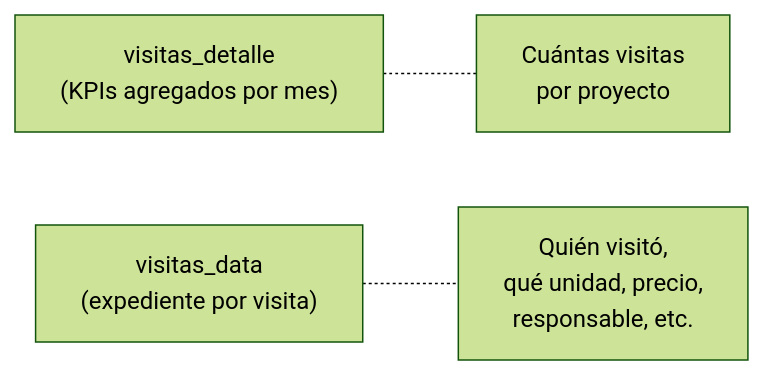
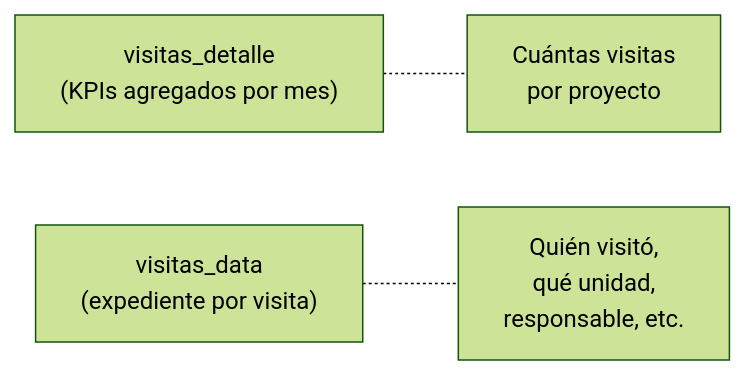
Before and after one commit to edwardvelo-performance/docs: the first of 2 diagrams in business_logic/05_dashboard_calc/visitas_data.md, drawn with Mermaid (forest theme). The commit also changed other lines of this file and 15 other files, not shown here.

````diff
--- a/business_logic/05_dashboard_calc/visitas_data.md
+++ b/business_logic/05_dashboard_calc/visitas_data.md
@@ -13,5 +13,5 @@
 ```mermaid
 flowchart LR
     A["visitas_detalle<br/>(KPIs agregados por mes)"] -.- B["Cuántas visitas<br/>por proyecto"]
-    C["visitas_data<br/>(expediente por visita)"] -.- D["Quién visitó,<br/>qué unidad, precio,<br/>responsable, etc."]
+    C["visitas_data<br/>(expediente por visita)"] -.- D["Quién visitó,<br/>qué unidad,<br/>responsable, etc."]
 ```
````
